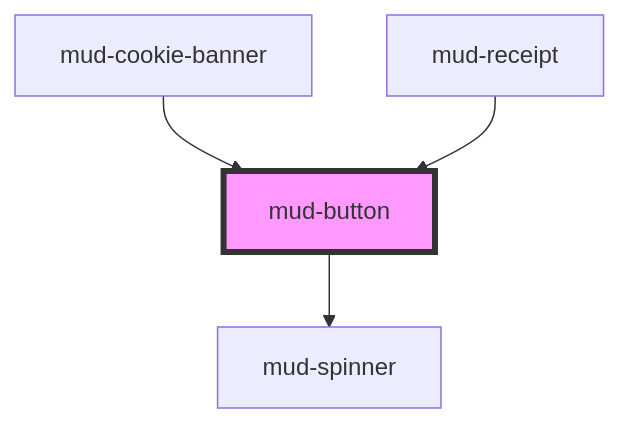
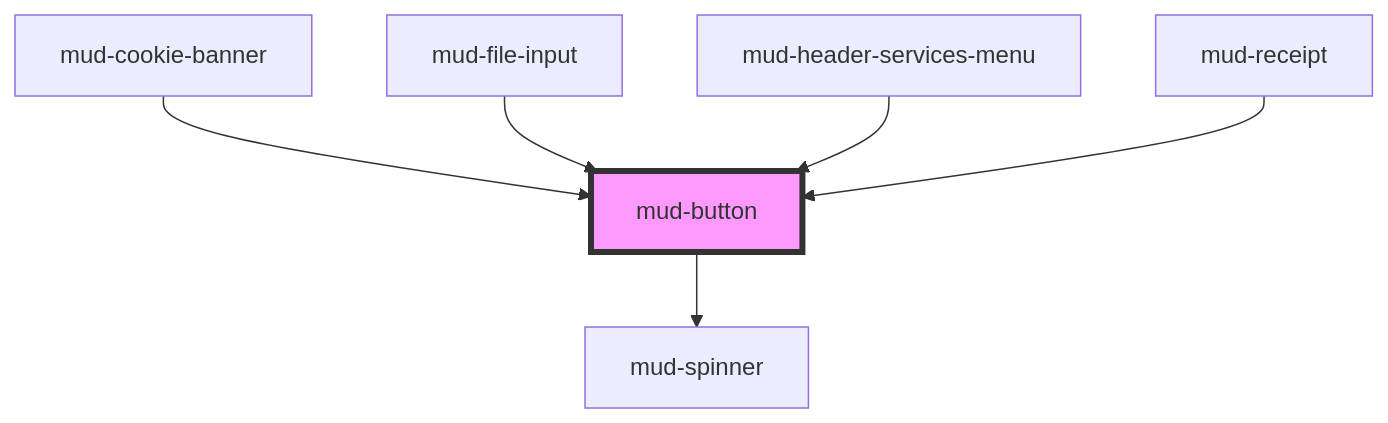
One commit to egov-moldova/design-system changed the diagram in src/components/mud-button/readme.md. Above: the diagram before and after it, drawn with Mermaid. The commit also changed other lines of this file and 153 other files, not shown here.

````diff
--- a/src/components/mud-button/readme.md
+++ b/src/components/mud-button/readme.md
@@ -59,7 +61,9 @@
 ```mermaid
 graph TD;
   mud-button --> mud-spinner
   mud-cookie-banner --> mud-button
+  mud-file-input --> mud-button
+  mud-header-services-menu --> mud-button
   mud-receipt --> mud-button
   style mud-button fill:#f9f,stroke:#333,stroke-width:4px
 ```
````
